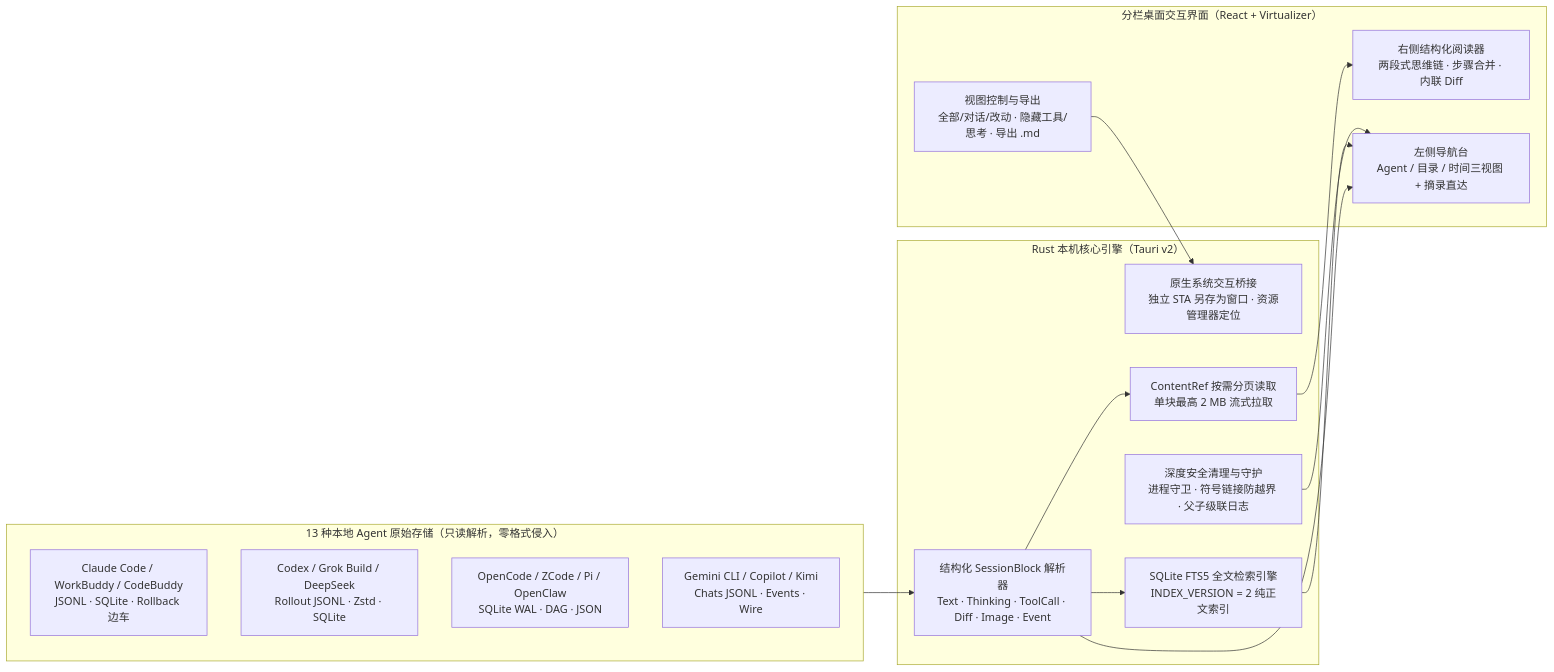
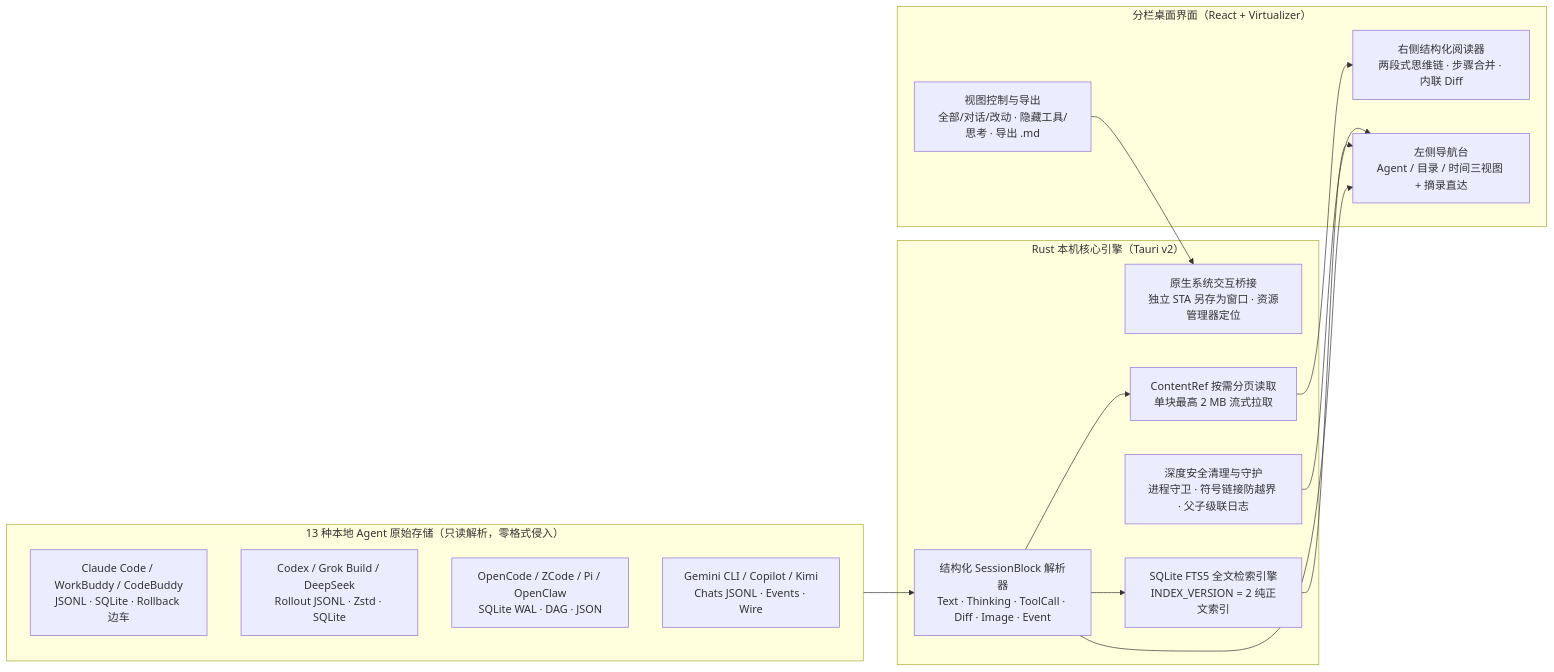
One commit to zhuchongba-01/AgentSessionManager changed the diagram in README.md. Above: the diagram before and after it, drawn with Mermaid. The commit also changed other lines of this file, not shown here.

````diff
--- a/README.md
+++ b/README.md
@@ -41,32 +49,32 @@
 ```mermaid
 flowchart LR
   subgraph Agents["13 种本地 Agent 原始存储（只读解析，零格式侵入）"]
     A1["Claude Code / WorkBuddy / CodeBuddy<br/>JSONL · SQLite · Rollback 边车"]
     A2["Codex / Grok Build / DeepSeek<br/>Rollout JSONL · Zstd · SQLite"]
     A3["OpenCode / ZCode / Pi / OpenClaw<br/>SQLite WAL · DAG · JSON"]
     A4["Gemini CLI / Copilot / Kimi<br/>Chats JSONL · Events · Wire"]
   end
 
   subgraph Engine["Rust 本机核心引擎（Tauri v2）"]
     B1["结构化 SessionBlock 解析器<br/>Text · Thinking · ToolCall · Diff · Image · Event"]
     B2["ContentRef 按需分页读取<br/>单块最高 2 MB 流式拉取"]
     B3["SQLite FTS5 全文检索引擎<br/>INDEX_VERSION = 2 纯正文索引"]
     B4["深度安全清理与守护<br/>进程守卫 · 符号链接防越界 · 父子级联日志"]
     B5["原生系统交互桥接<br/>独立 STA 另存为窗口 · 资源管理器定位"]
   end
 
-  subgraph UI["分栏桌面交互界面（React + Virtualizer）"]
+  subgraph UI["分栏桌面界面（React + Virtualizer）"]
     C1["左侧导航台<br/>Agent / 目录 / 时间三视图 + 摘录直达"]
     C2["右侧结构化阅读器<br/>两段式思维链 · 步骤合并 · 内联 Diff"]
     C3["视图控制与导出<br/>全部/对话/改动 · 隐藏工具/思考 · 导出 .md"]
   end
 
   Agents --> B1
   B1 --> B2
   B1 --> B3
   B1 --> C1
   B2 --> C2
   B3 --> C1
   B4 --> C1
   C3 --> B5
 ```
````
